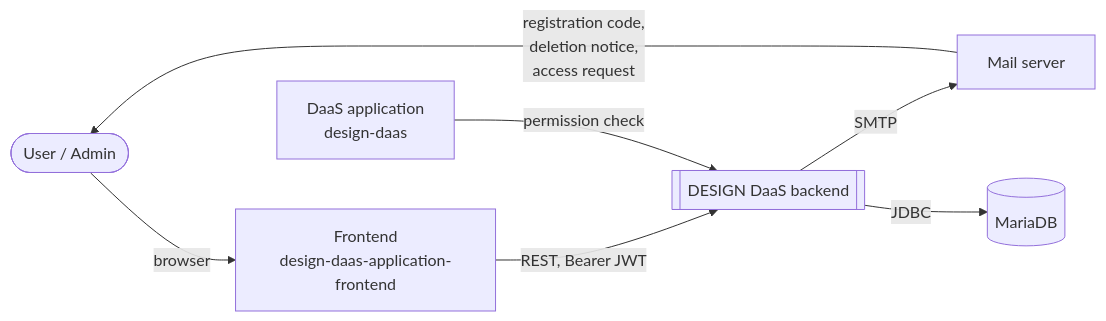
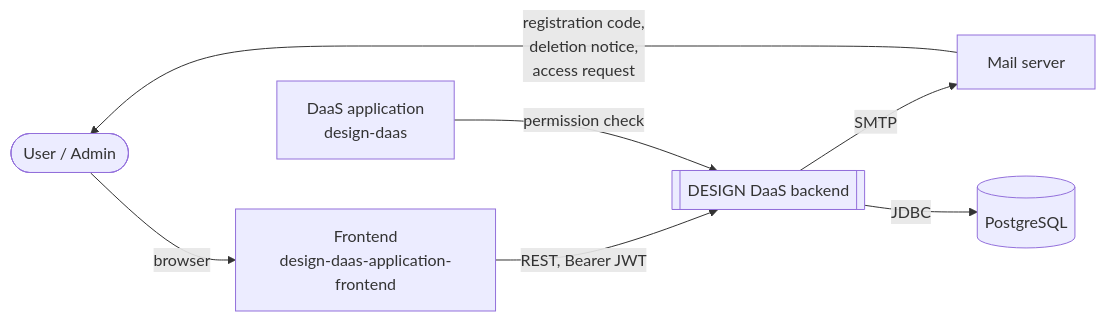
The diagram in docs/images/src/arc42-3-1-business-context.mmd (design-daas-fra-uas/design-daas-backend-java), drawn with Mermaid before and after one commit. The commit also changed 20 other files, not shown here.

Commit message:
change mariaDb to PostgreSQL

```diff
--- a/docs/images/src/arc42-3-1-business-context.mmd
+++ b/docs/images/src/arc42-3-1-business-context.mmd
@@ -1,7 +1,7 @@
 flowchart LR
     user([User / Admin]) -->|browser| fe[Frontend<br/>design-daas-application-frontend]
     fe -->|REST, Bearer JWT| be[[DESIGN DaaS backend]]
     daas[DaaS application<br/>design-daas] -->|permission check| be
     be -->|SMTP| mail[Mail server]
     mail -->|registration code,<br/>deletion notice,<br/>access request| user
-    be -->|JDBC| db[(MariaDB)]
+    be -->|JDBC| db[(PostgreSQL)]
```
